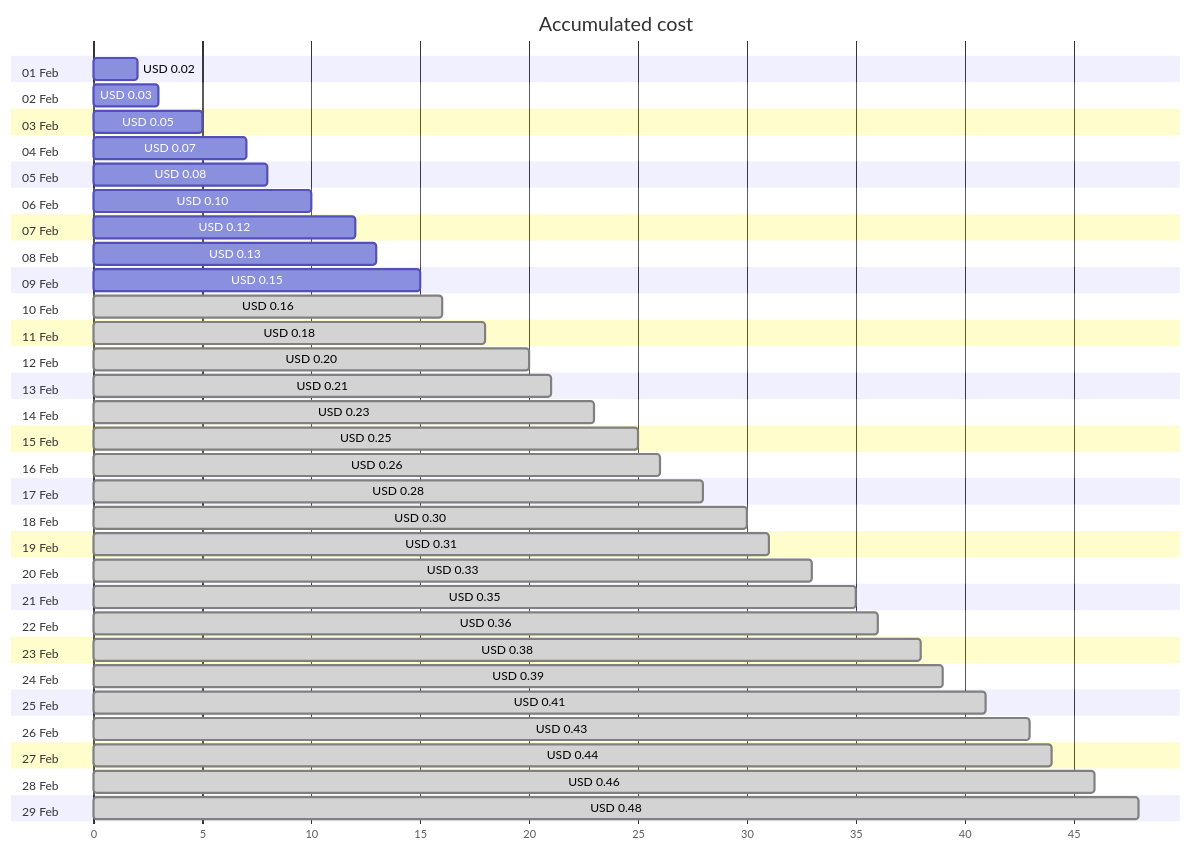
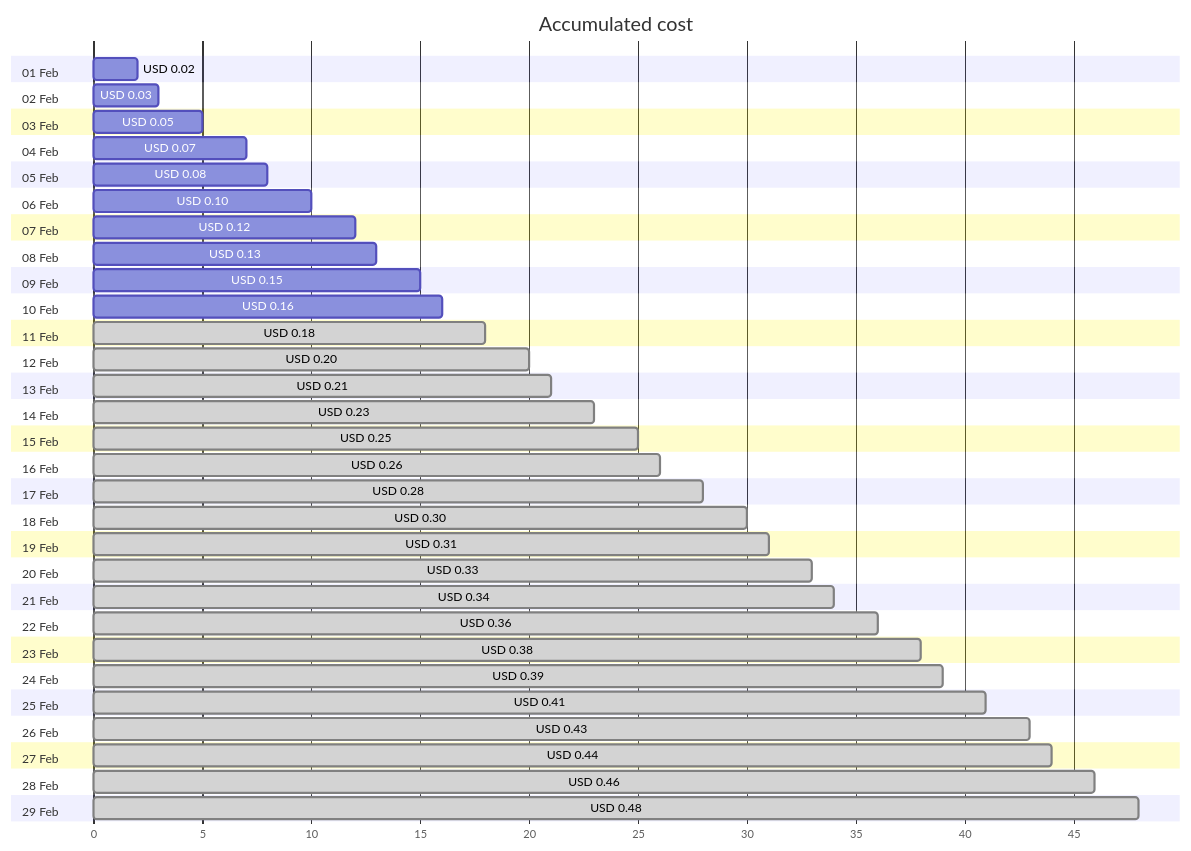
Before and after one commit to jpfulton/azure-personal-reports: the first of 4 diagrams in cost-reports/personal-dns/jpatrickfulton.dev.md, drawn with Mermaid. The commit also changed other lines of this file and 2 other files, not shown here.

````diff
--- a/cost-reports/personal-dns/jpatrickfulton.dev.md
+++ b/cost-reports/personal-dns/jpatrickfulton.dev.md
@@ -20,64 +20,64 @@
 ```mermaid
 gantt
    title Accumulated cost
    dateFormat  X
    axisFormat %s
    section 01 Feb
    USD 0.02 :0, 2
    section 02 Feb
    USD 0.03 :0, 3
    section 03 Feb
    USD 0.05 :0, 5
    section 04 Feb
    USD 0.07 :0, 7
    section 05 Feb
    USD 0.08 :0, 8
    section 06 Feb
    USD 0.10 :0, 10
    section 07 Feb
    USD 0.12 :0, 12
    section 08 Feb
    USD 0.13 :0, 13
    section 09 Feb
    USD 0.15 :0, 15
    section 10 Feb
-   USD 0.16 : done, 0, 16
+   USD 0.16 :0, 16
    section 11 Feb
    USD 0.18 : done, 0, 18
    section 12 Feb
    USD 0.20 : done, 0, 20
    section 13 Feb
    USD 0.21 : done, 0, 21
    section 14 Feb
    USD 0.23 : done, 0, 23
    section 15 Feb
    USD 0.25 : done, 0, 25
    section 16 Feb
    USD 0.26 : done, 0, 26
    section 17 Feb
    USD 0.28 : done, 0, 28
    section 18 Feb
    USD 0.30 : done, 0, 30
    section 19 Feb
    USD 0.31 : done, 0, 31
    section 20 Feb
    USD 0.33 : done, 0, 33
    section 21 Feb
-   USD 0.35 : done, 0, 35
+   USD 0.34 : done, 0, 34
    section 22 Feb
    USD 0.36 : done, 0, 36
    section 23 Feb
    USD 0.38 : done, 0, 38
    section 24 Feb
    USD 0.39 : done, 0, 39
    section 25 Feb
    USD 0.41 : done, 0, 41
    section 26 Feb
    USD 0.43 : done, 0, 43
    section 27 Feb
    USD 0.44 : done, 0, 44
    section 28 Feb
    USD 0.46 : done, 0, 46
    section 29 Feb
    USD 0.48 : done, 0, 48
 ```
````
